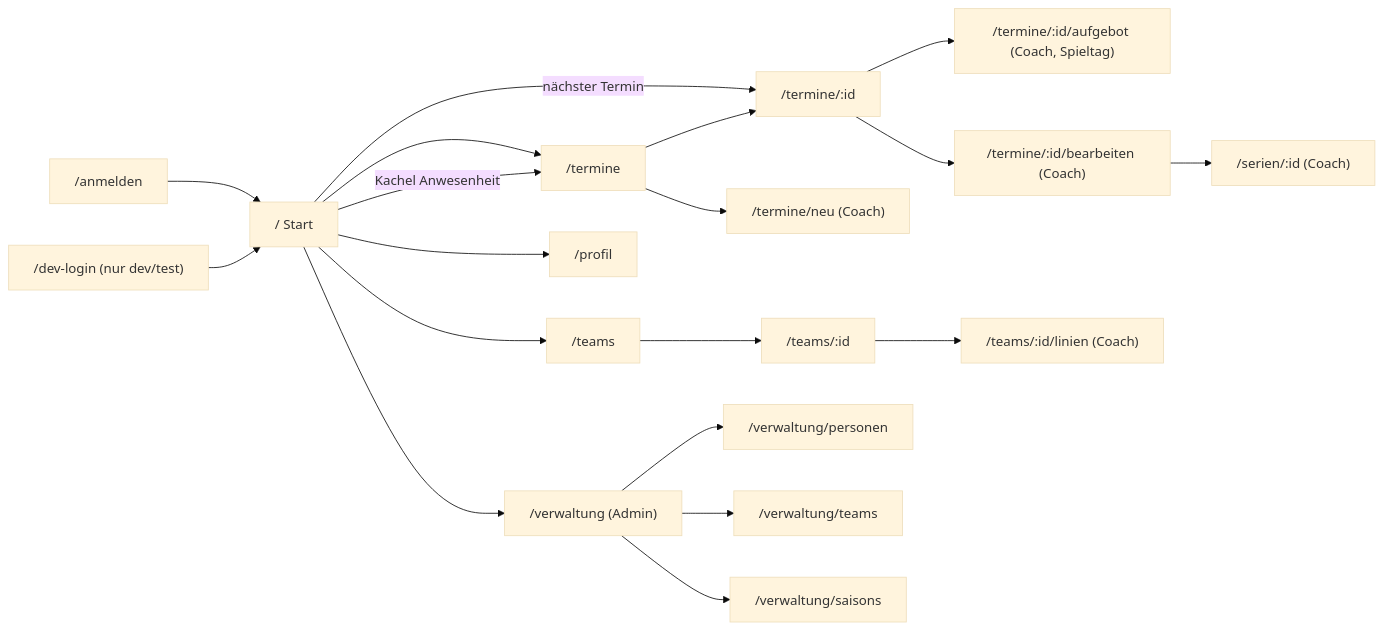
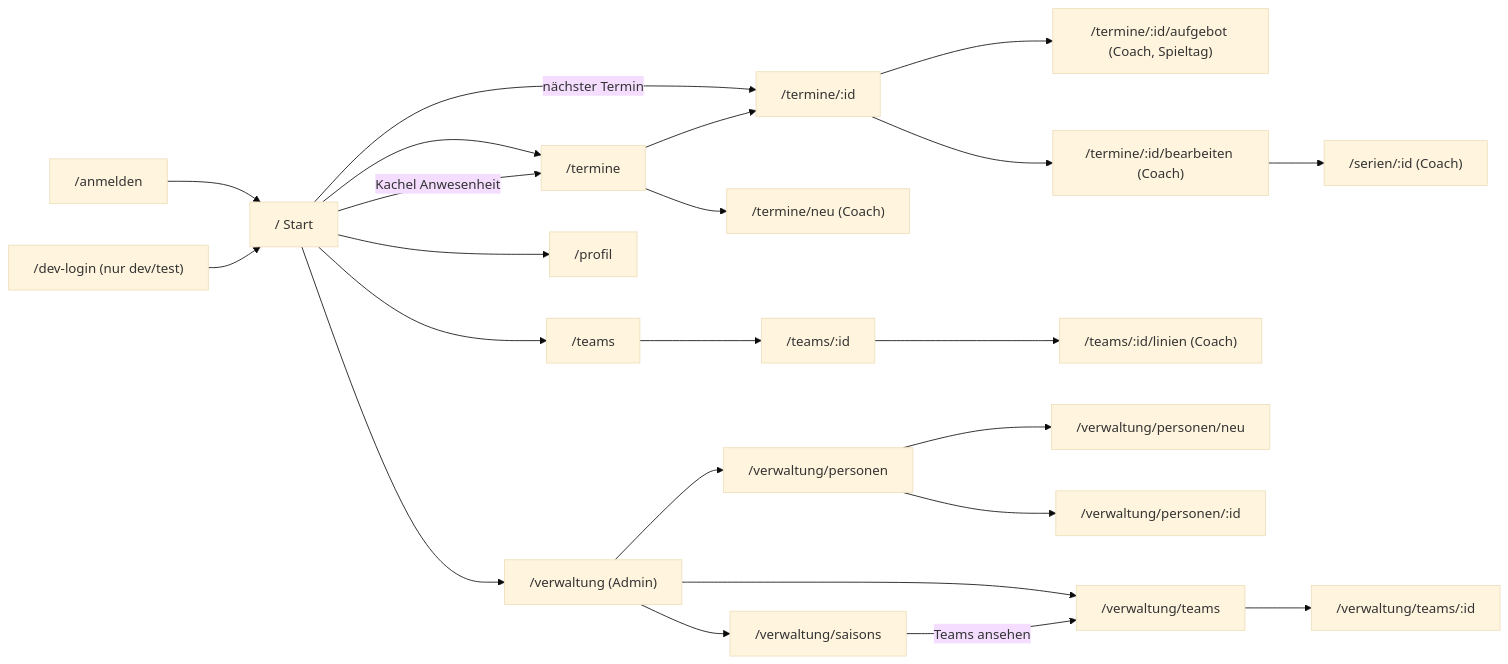
The diagram in docs/oberflaeche/navigation.md (cyrilleulmi/StvBeroPlatform), drawn with Mermaid (base theme) before and after one commit. The commit also changed other lines of this file and 70 other files, not shown here.

First line of the commit message:
F-01 · Personen, Teams, Saisons (#20)

````diff
--- a/docs/oberflaeche/navigation.md
+++ b/docs/oberflaeche/navigation.md
@@ -15,21 +15,25 @@
 ```mermaid
 flowchart LR
     Login["/anmelden"] --> Start["/ Start"]
     DevLogin["/dev-login (nur dev/test)"] --> Start
     Start --> Termine["/termine"]
     Start -->|Kachel Anwesenheit| Termine
     Start -->|nächster Termin| Detail
     Termine --> Detail["/termine/:id"]
     Detail --> Aufgebot["/termine/:id/aufgebot (Coach, Spieltag)"]
     Detail --> TerminBearbeiten["/termine/:id/bearbeiten (Coach)"]
     Termine --> TerminNeu["/termine/neu (Coach)"]
     TerminBearbeiten --> Serie["/serien/:id (Coach)"]
     Start --> Teams["/teams"]
     Teams --> Team["/teams/:id"]
     Team --> Linien["/teams/:id/linien (Coach)"]
     Start --> Profil["/profil"]
     Start --> Verwaltung["/verwaltung (Admin)"]
     Verwaltung --> Personen["/verwaltung/personen"]
+    Personen --> PersonNeu["/verwaltung/personen/neu"]
+    Personen --> PersonDetail["/verwaltung/personen/:id"]
     Verwaltung --> VTeams["/verwaltung/teams"]
+    VTeams --> VTeam["/verwaltung/teams/:id"]
     Verwaltung --> Saisons["/verwaltung/saisons"]
+    Saisons -->|Teams ansehen| VTeams
 ```
````
